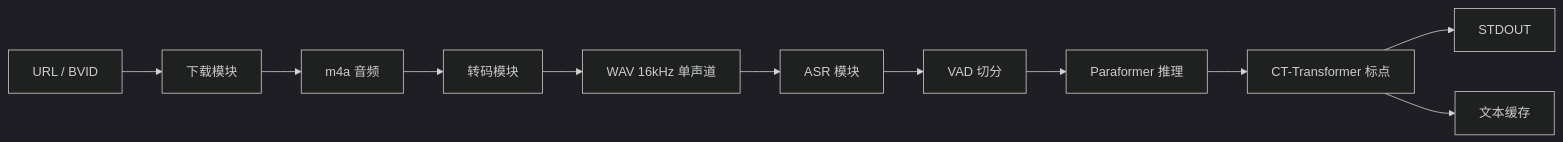
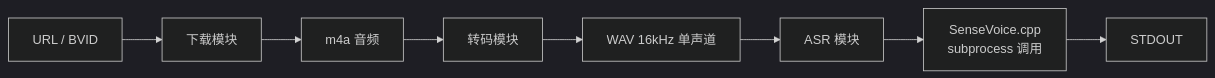
Before and after one commit to kechengzhang28/Vid2Text-Skill: the first of 4 diagrams in docs/dev.md, drawn with Mermaid (dark theme). The commit also changed other lines of this file, not shown here.

````diff
--- a/docs/dev.md
+++ b/docs/dev.md
@@ -9,13 +9,10 @@
 ```mermaid
 flowchart LR
     A[URL / BVID] --> B[下载模块]
     B --> C[m4a 音频]
     C --> D[转码模块]
     D --> E[WAV 16kHz 单声道]
     E --> F[ASR 模块]
-    F --> G[VAD 切分]
-    G --> H[Paraformer 推理]
-    H --> I[CT-Transformer 标点]
-    I --> J[STDOUT]
-    I --> K[文本缓存]
+    F --> G[SenseVoice.cpp<br/>subprocess 调用]
+    G --> H[STDOUT]
 ```
````
